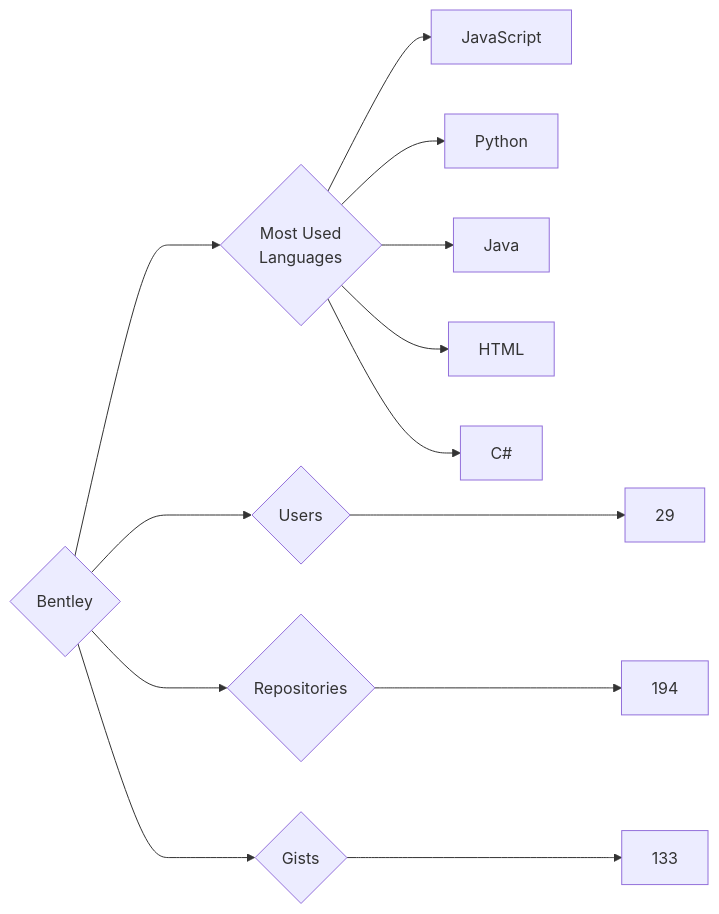
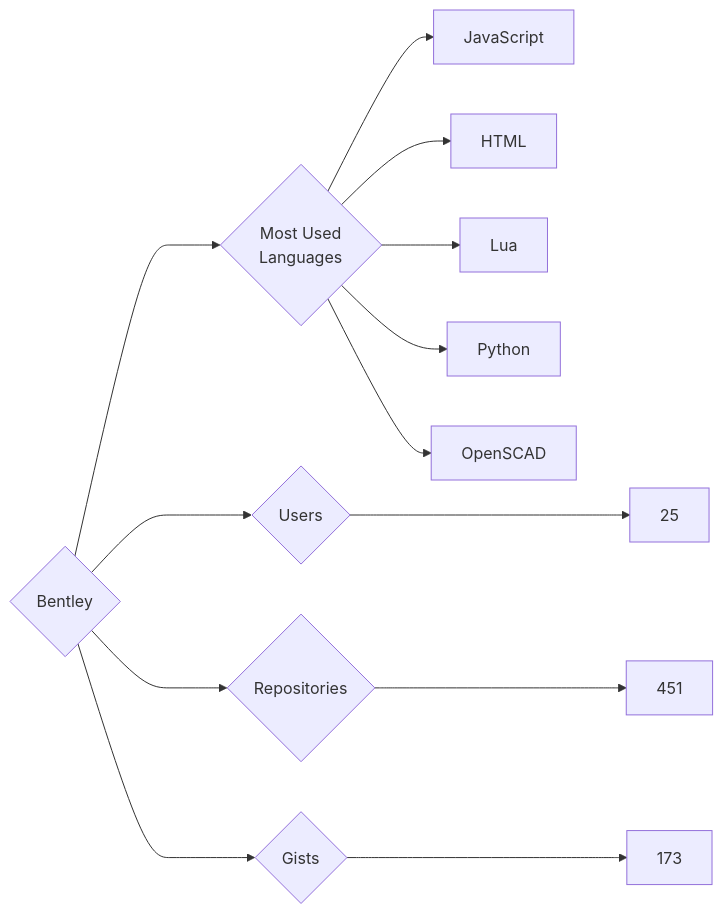
The diagram in targets/Bentley/README.md (trickest/insiders), drawn with Mermaid before and after one commit. The commit also changed 639 other files, not shown here.

````diff
--- a/targets/Bentley/README.md
+++ b/targets/Bentley/README.md
@@ -3,13 +3,13 @@
 ```mermaid
 graph LR
 COMPANY_NAME{Bentley}
-COMPANY_NAME ---> U{Users} ---> UN[29]
-COMPANY_NAME ---> R{Repositories} ---> RN[194]
-COMPANY_NAME ---> G{Gists} ---> GN[133]
+COMPANY_NAME ---> U{Users} ---> UN[25]
+COMPANY_NAME ---> R{Repositories} ---> RN[451]
+COMPANY_NAME ---> G{Gists} ---> GN[173]
 COMPANY_NAME ---> ML{Most Used<br>Languages}
 ML --> JavaScript[JavaScript]
+ML --> HTML[HTML]
+ML --> Lua[Lua]
 ML --> Python[Python]
-ML --> Java[Java]
-ML --> HTML[HTML]
-ML --> C#[C#]
+ML --> OpenSCAD[OpenSCAD]
 ```
````
